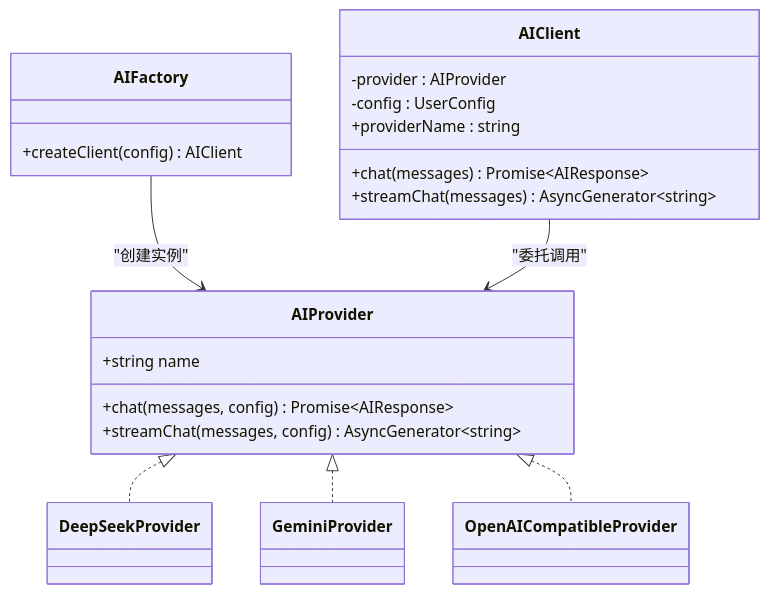
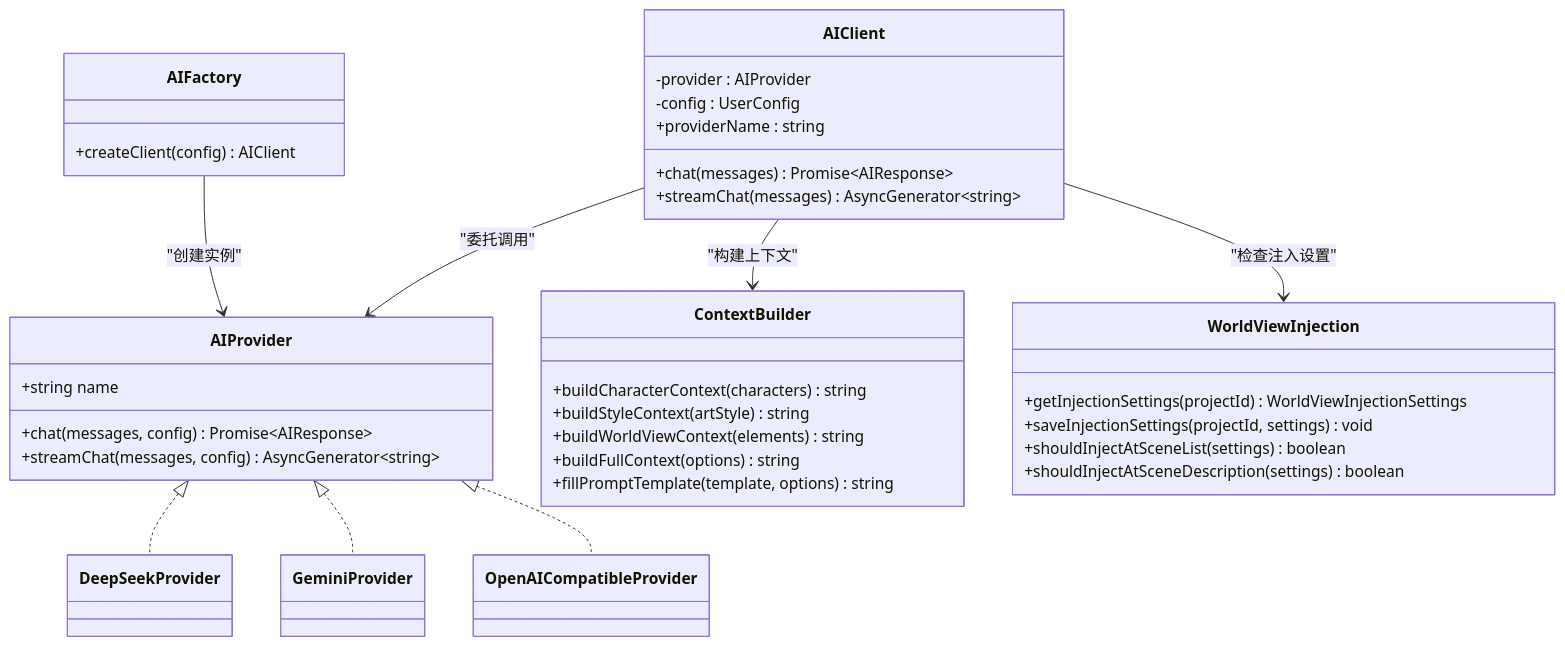
The second of 8 diagrams in .qoder/repowiki/zh/content/技术架构/AI集成/AI集成.md (leonaiuv/aixsss), drawn with Mermaid before and after one commit. The commit also changed other lines of this file and 5 other files, not shown here.

````diff
--- a/.qoder/repowiki/zh/content/技术架构/AI集成/AI集成.md
+++ b/.qoder/repowiki/zh/content/技术架构/AI集成/AI集成.md
@@ -111,26 +139,41 @@
 ```mermaid
 classDiagram
 class AIProvider {
 +string name
 +chat(messages, config) Promise~AIResponse~
 +streamChat(messages, config) AsyncGenerator~string~
 }
 class AIFactory {
 +createClient(config) AIClient
 }
 class AIClient {
 -provider : AIProvider
 -config : UserConfig
 +providerName : string
 +chat(messages) Promise~AIResponse~
 +streamChat(messages) AsyncGenerator~string~
 }
+class ContextBuilder {
++buildCharacterContext(characters) string
++buildStyleContext(artStyle) string
++buildWorldViewContext(elements) string
++buildFullContext(options) string
++fillPromptTemplate(template, options) string
+}
+class WorldViewInjection {
++getInjectionSettings(projectId) WorldViewInjectionSettings
++saveInjectionSettings(projectId, settings) void
++shouldInjectAtSceneList(settings) boolean
++shouldInjectAtSceneDescription(settings) boolean
+}
 class DeepSeekProvider
 class GeminiProvider
 class OpenAICompatibleProvider
 AIProvider <|.. DeepSeekProvider
 AIProvider <|.. GeminiProvider
 AIProvider <|.. OpenAICompatibleProvider
 AIFactory --> AIProvider : "创建实例"
 AIClient --> AIProvider : "委托调用"
+AIClient --> ContextBuilder : "构建上下文"
+AIClient --> WorldViewInjection : "检查注入设置"
 ```
````
